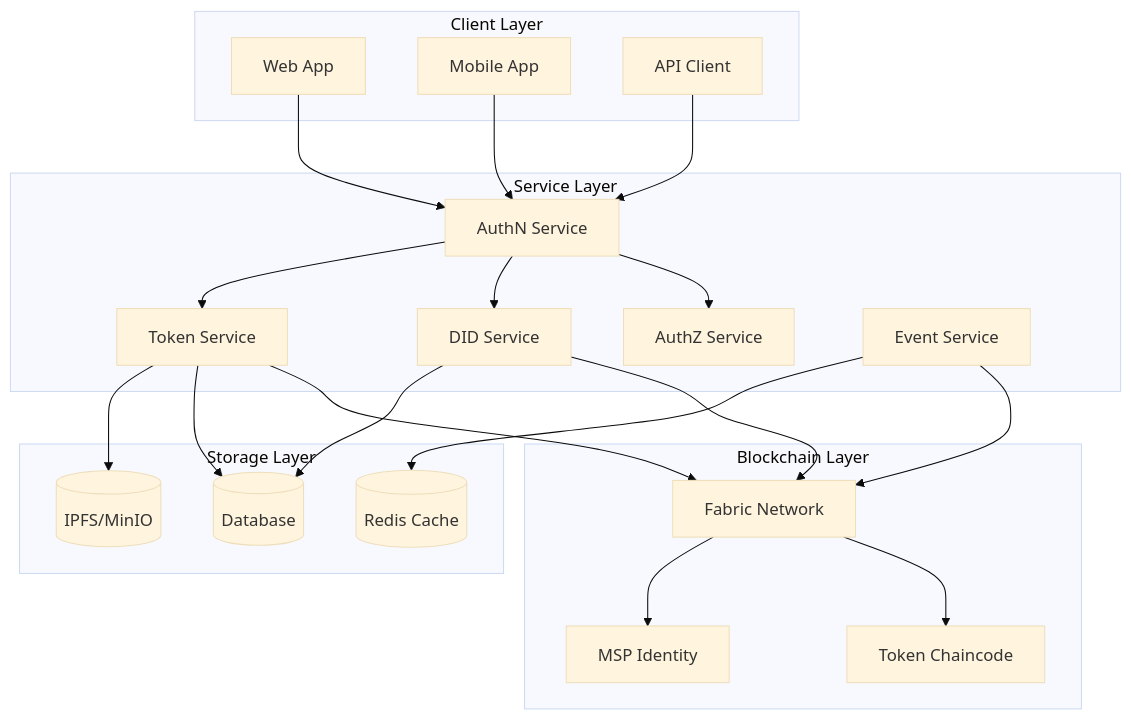
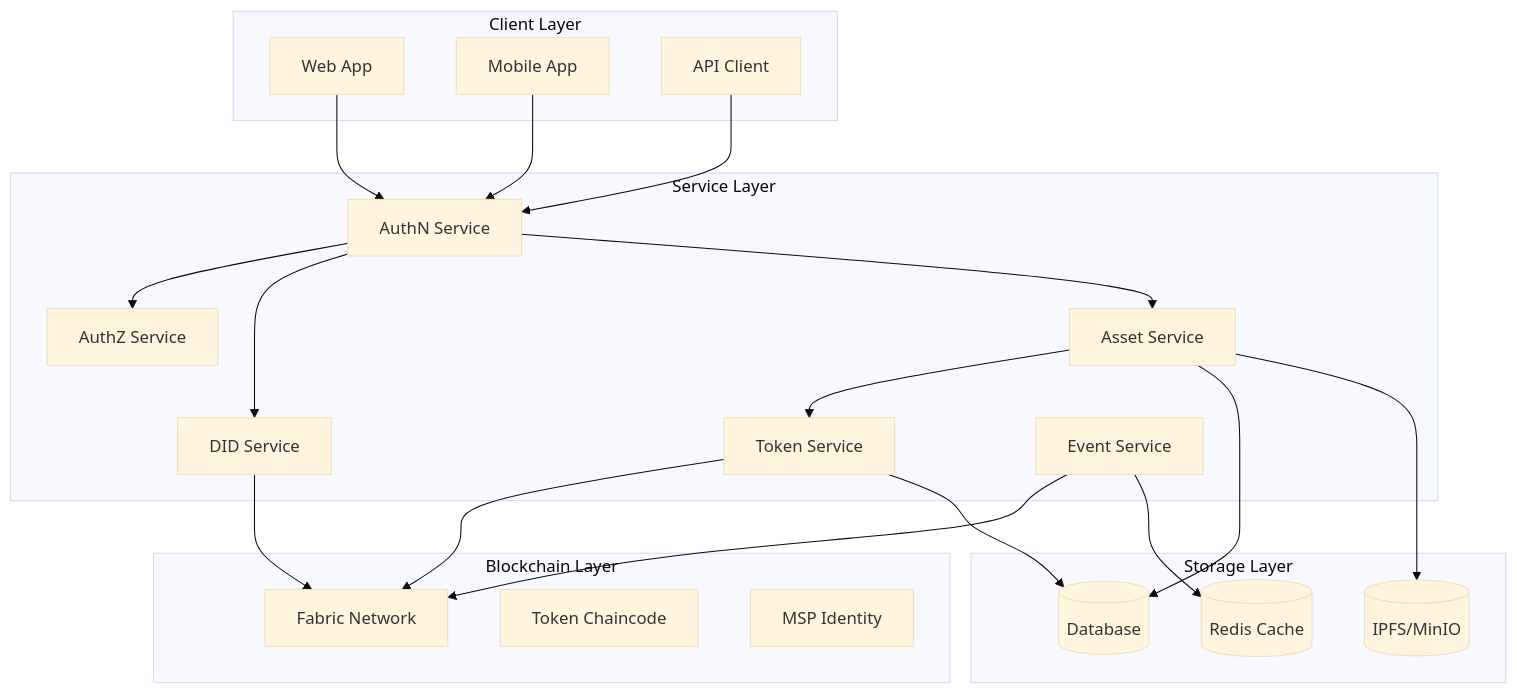
One commit to metafi-blockchain/metafi-digital-assets-service changed the first of 6 diagrams in docs/rd.vi.md. Above: the diagram before and after it, drawn with Mermaid (base theme). The commit also changed other lines of this file and 1 other file, not shown here.

````diff
--- a/docs/rd.vi.md
+++ b/docs/rd.vi.md
@@ -34,48 +35,47 @@
 ```mermaid
 graph TD
     subgraph "Client Layer"
         Web[Web App]
         Mobile[Mobile App]
         API[API Client]
     end
 
     subgraph "Service Layer"
         AuthN[AuthN Service]
         AuthZ[AuthZ Service]
         DID[DID Service]
+        Asset[Asset Service]
         Token[Token Service]
         Event[Event Service]
     end
 
     subgraph "Blockchain Layer"
         Fabric[Fabric Network]
         Chaincode[Token Chaincode]
         MSP[MSP Identity]
     end
 
     subgraph "Storage Layer"
         DB[(Database)]
         Cache[(Redis Cache)]
         Storage[(IPFS/MinIO)]
     end
 
     Web --> AuthN
     Mobile --> AuthN
     API --> AuthN
 
     AuthN --> AuthZ
     AuthN --> DID
-    AuthN --> Token
+    AuthN --> Asset
 
+    Asset --> Token
     Token --> Fabric
     DID --> Fabric
     Event --> Fabric
 
+    Asset --> DB
     Token --> DB
-    DID --> DB
     Event --> Cache
-    Token --> Storage
-
-    Fabric --> Chaincode
-    Fabric --> MSP
+    Asset --> Storage
 ```
````
